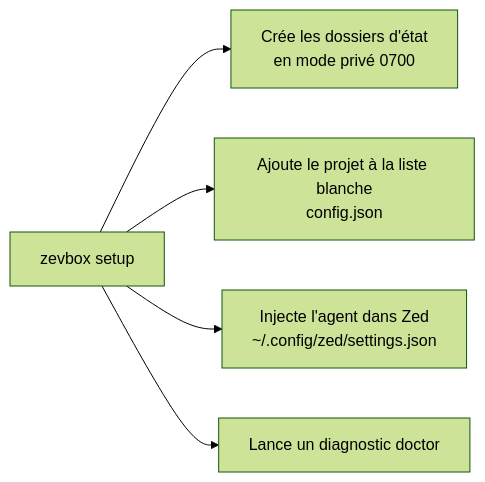
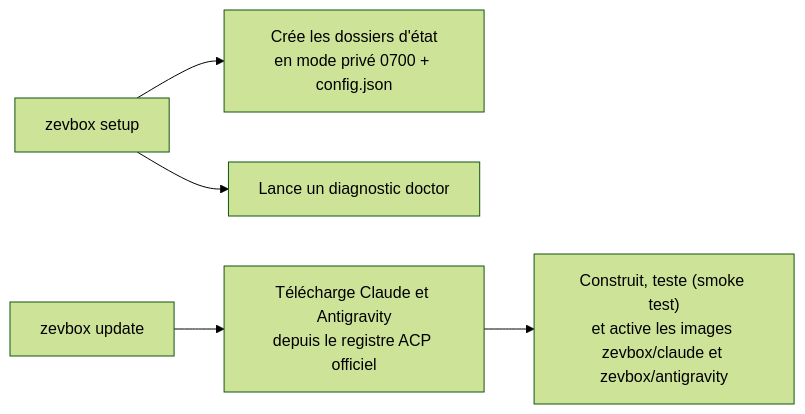
One commit to brainztorm/zevbox changed the second of 3 diagrams in docs/MANUEL_UTILISATEUR.md. Above: the diagram before and after it, drawn with Mermaid (forest theme). The commit also changed other lines of this file and 5 other files, not shown here.

````diff
--- a/docs/MANUEL_UTILISATEUR.md
+++ b/docs/MANUEL_UTILISATEUR.md
@@ -90,7 +89,7 @@
 ```mermaid
 flowchart LR
-    SetupCmd["zevbox setup <projet>"] --> DirInit["Crée les dossiers d'état\nen mode privé 0700"]
-    SetupCmd --> Conf["Ajoute le projet à la liste blanche\nconfig.json"]
-    SetupCmd --> Zed["Injecte l'agent dans Zed\n~/.config/zed/settings.json"]
+    SetupCmd["zevbox setup"] --> DirInit["Crée les dossiers d'état\nen mode privé 0700 + config.json"]
     SetupCmd --> Doc["Lance un diagnostic doctor"]
+    UpdateCmd["zevbox update"] --> Build["Télécharge Claude et Antigravity\ndepuis le registre ACP officiel"]
+    Build --> Img["Construit, teste (smoke test)\net active les images zevbox/claude et zevbox/antigravity"]
 ```
````
